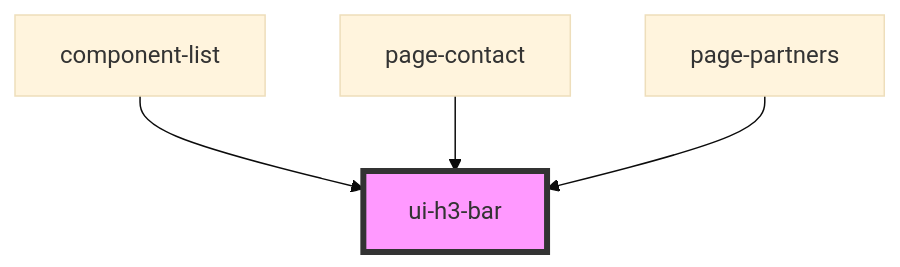
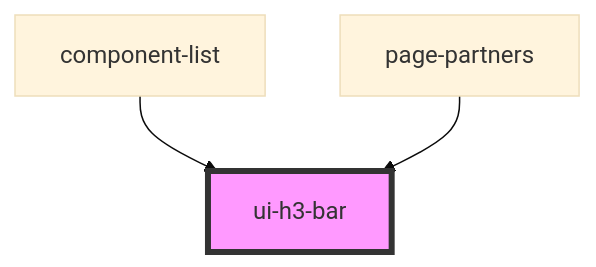
One commit to pizza-to-the-polls/power-the-polls changed the diagram in site/src/components/ui-h3-bar/readme.md. Above: the diagram before and after it, drawn with Mermaid (base theme). The commit also changed other lines of this file and 7 other files, not shown here.

````diff
--- a/site/src/components/ui-h3-bar/readme.md
+++ b/site/src/components/ui-h3-bar/readme.md
@@ -17,7 +16,6 @@
 ```mermaid
 graph TD;
   component-list --> ui-h3-bar
-  page-contact --> ui-h3-bar
   page-partners --> ui-h3-bar
   style ui-h3-bar fill:#f9f,stroke:#333,stroke-width:4px
 ```
````
